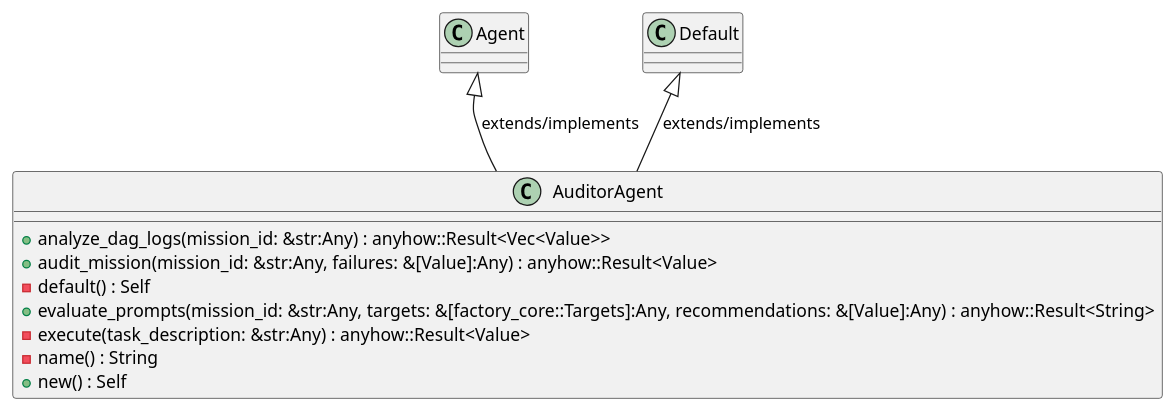
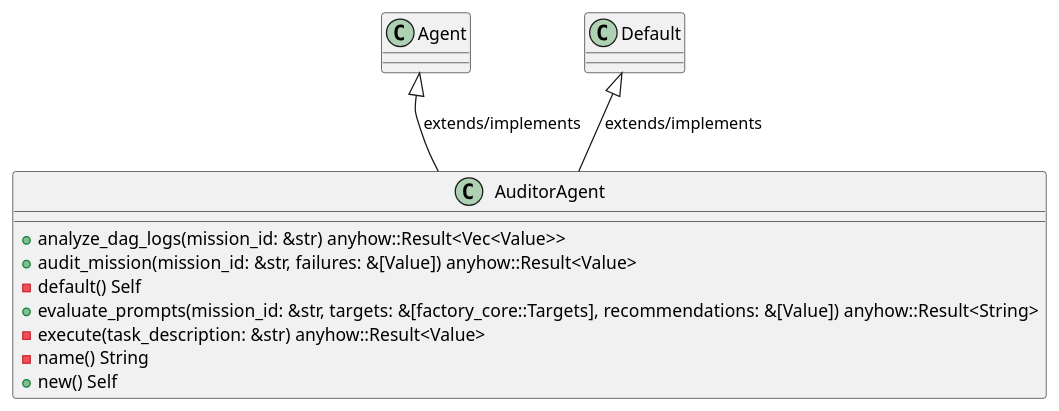
Before and after one commit to lgcorzo/rust_CACD_autonomous_factory: the first of 6 diagrams in openwiki/crates_factory_application_src_agents_auditor.md, drawn with PlantUML. The commit also changed other lines of this file and 97 other files, not shown here.

First line of the commit message:
Fix Rust AST parsing for method and function parameters, and update OKF UML frontmatter

````diff
--- a/openwiki/crates_factory_application_src_agents_auditor.md
+++ b/openwiki/crates_factory_application_src_agents_auditor.md
@@ -166,16 +171,16 @@
 ```plantuml
 @startuml
 class AuditorAgent {
-    +analyze_dag_logs(mission_id: &str:Any) : anyhow::Result<Vec<Value>>
-    +audit_mission(mission_id: &str:Any, failures: &[Value]:Any) : anyhow::Result<Value>
-    -default() : Self
-    +evaluate_prompts(mission_id: &str:Any, targets: &[factory_core::Targets]:Any, recommendations: &[Value]:Any) : anyhow::Result<String>
-    -execute(task_description: &str:Any) : anyhow::Result<Value>
-    -name() : String
-    +new() : Self
+    +analyze_dag_logs(mission_id: &str) anyhow::Result<Vec<Value>>
+    +audit_mission(mission_id: &str, failures: &[Value]) anyhow::Result<Value>
+    -default() Self
+    +evaluate_prompts(mission_id: &str, targets: &[factory_core::Targets], recommendations: &[Value]) anyhow::Result<String>
+    -execute(task_description: &str) anyhow::Result<Value>
+    -name() String
+    +new() Self
 }
 Agent <|-- AuditorAgent : extends/implements
 Default <|-- AuditorAgent : extends/implements
 @enduml
 
 ```
````
